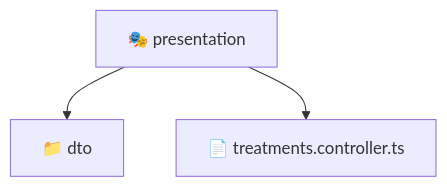
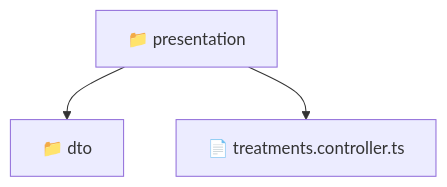
The diagram in backend/src/modules/treatments/presentation/README.md (beginwebdev2002/fullstack-mavluda), drawn with Mermaid before and after one commit. The commit also changed other lines of this file and 159 other files, not shown here.

````diff
--- a/backend/src/modules/treatments/presentation/README.md
+++ b/backend/src/modules/treatments/presentation/README.md
@@ -11,6 +9,6 @@
 ```mermaid
 graph TD
-  presentation["🎭 presentation"]
-  presentation --> presentation_dto["📁 dto"]
-  presentation --> presentation_treatments_controller_ts["📄 treatments.controller.ts"]
+  Root["📁 presentation"]
+  Root --> dto["📁 dto"]
+  Root --> treatments_controller_ts["📄 treatments.controller.ts"]
 ```
````
